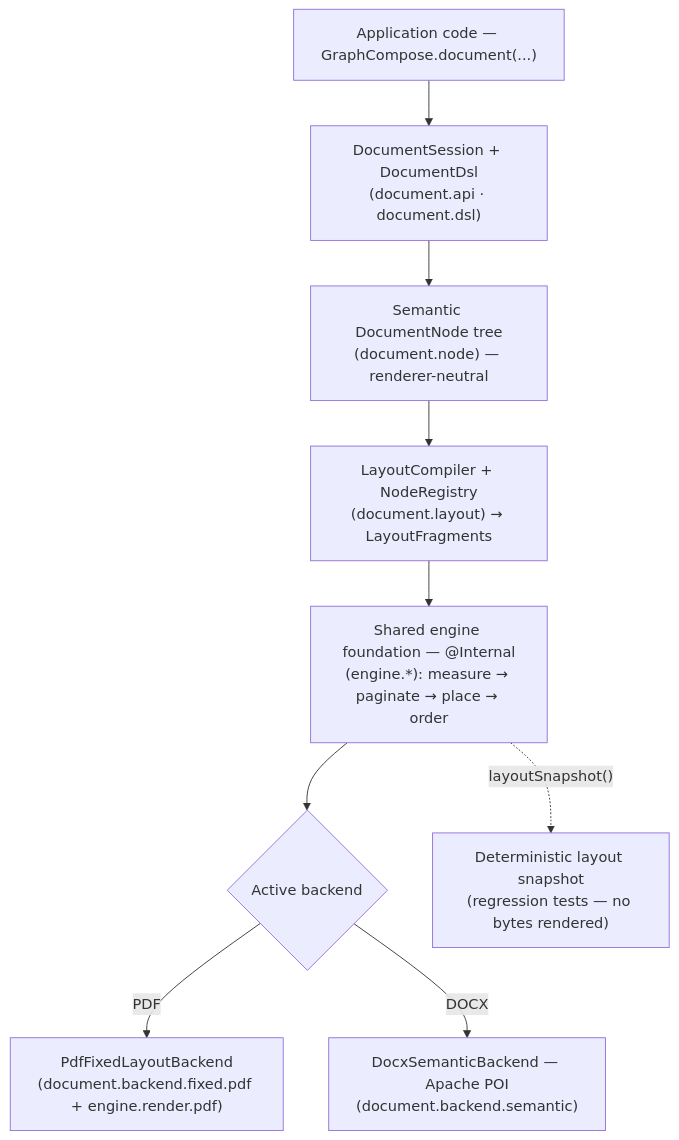
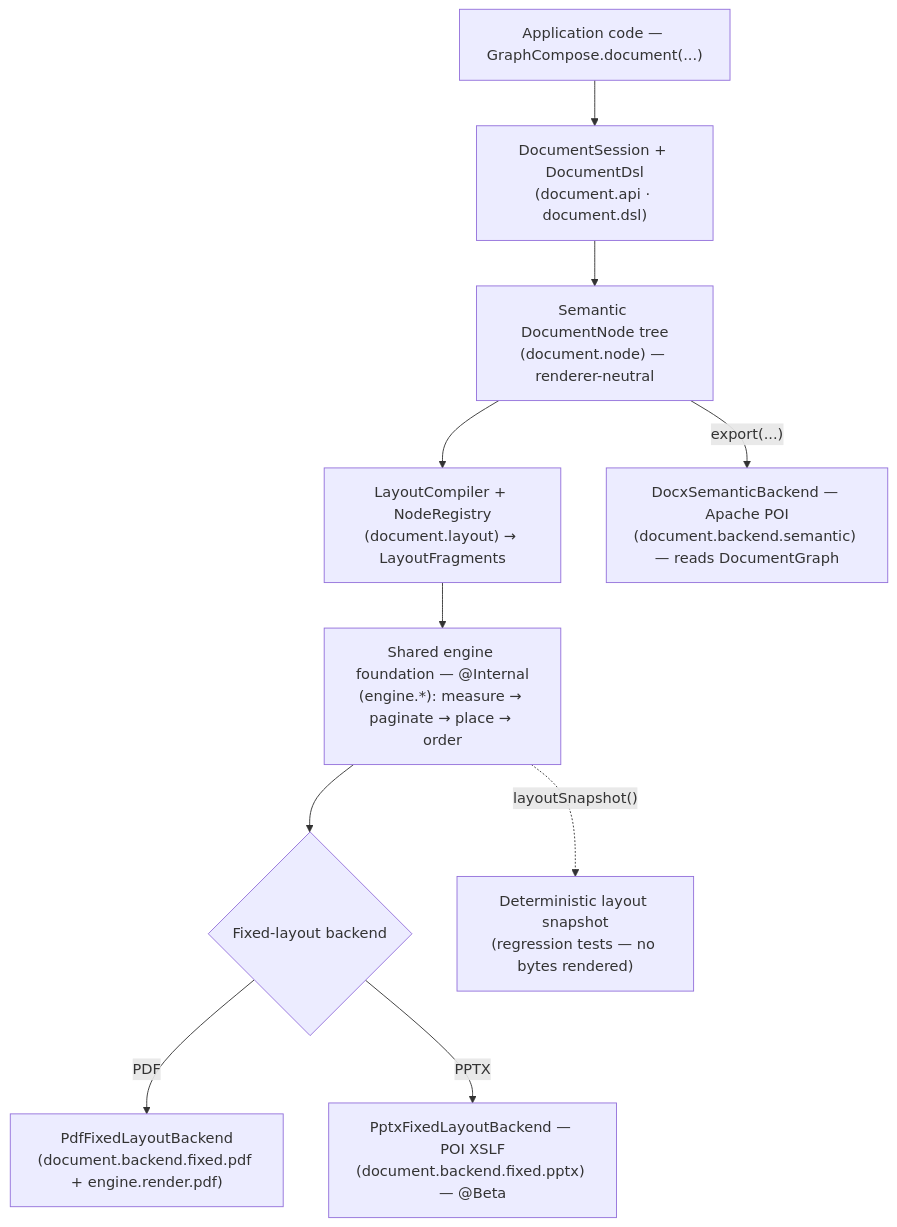
One commit to DemchaAV/GraphCompose changed the diagram in docs/architecture/overview.md. Above: the diagram before and after it, drawn with Mermaid. The commit also changed other lines of this file and 5 other files, not shown here.

````diff
--- a/docs/architecture/overview.md
+++ b/docs/architecture/overview.md
@@ -18,11 +18,12 @@
 ```mermaid
 flowchart TD
     A["Application code — GraphCompose.document(...)"] --> B["DocumentSession + DocumentDsl<br/>(document.api · document.dsl)"]
     B --> C["Semantic DocumentNode tree<br/>(document.node) — renderer-neutral"]
     C --> D["LayoutCompiler + NodeRegistry<br/>(document.layout) → LayoutFragments"]
+    C -->|"export(...)"| H["DocxSemanticBackend — Apache POI<br/>(document.backend.semantic) — reads DocumentGraph"]
     D --> E["Shared engine foundation — @Internal<br/>(engine.*): measure → paginate → place → order"]
-    E --> F{"Active backend"}
+    E --> F{"Fixed-layout backend"}
     F -->|PDF| G["PdfFixedLayoutBackend<br/>(document.backend.fixed.pdf + engine.render.pdf)"]
-    F -->|DOCX| H["DocxSemanticBackend — Apache POI<br/>(document.backend.semantic)"]
+    F -->|PPTX| P["PptxFixedLayoutBackend — POI XSLF<br/>(document.backend.fixed.pptx) — @Beta"]
     E -.->|"layoutSnapshot()"| I["Deterministic layout snapshot<br/>(regression tests — no bytes rendered)"]
 ```
````
